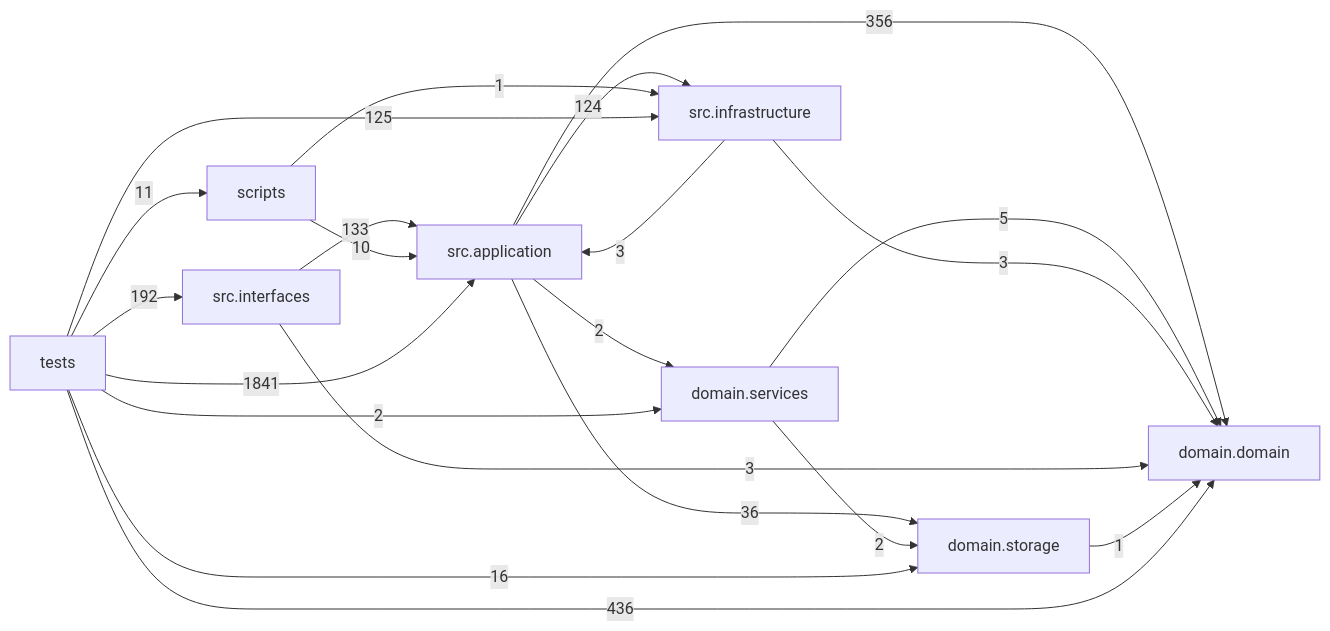
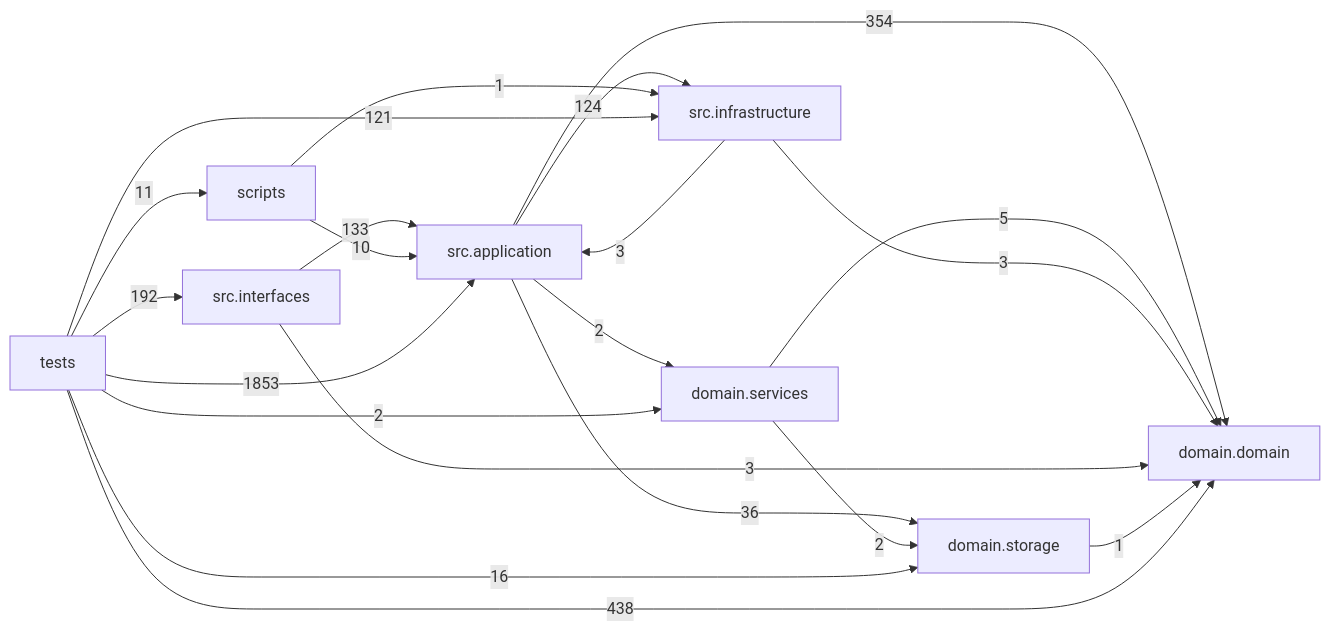
Before and after one commit to liuxie066/options-monitor: the diagram in docs/DEPENDENCY_GRAPH.md, drawn with Mermaid. The commit also changed other lines of this file and 52 other files, not shown here.

````diff
--- a/docs/DEPENDENCY_GRAPH.md
+++ b/docs/DEPENDENCY_GRAPH.md
@@ -24,31 +24,31 @@
 ```mermaid
 flowchart LR
   tests["tests"]
   scripts["scripts"]
   interfaces["src.interfaces"]
   application["src.application"]
   infrastructure["src.infrastructure"]
   domain_services["domain.services"]
   domain["domain.domain"]
   storage["domain.storage"]
-  application -->|356| domain
+  application -->|354| domain
   application -->|2| domain_services
   application -->|124| infrastructure
   application -->|36| storage
   domain_services -->|5| domain
   domain_services -->|2| storage
   infrastructure -->|3| application
   infrastructure -->|3| domain
   interfaces -->|133| application
   interfaces -->|3| domain
   scripts -->|10| application
   scripts -->|1| infrastructure
   storage -->|1| domain
-  tests -->|1841| application
-  tests -->|436| domain
+  tests -->|1853| application
+  tests -->|438| domain
   tests -->|2| domain_services
-  tests -->|125| infrastructure
+  tests -->|121| infrastructure
   tests -->|192| interfaces
   tests -->|11| scripts
   tests -->|16| storage
 ```
````
